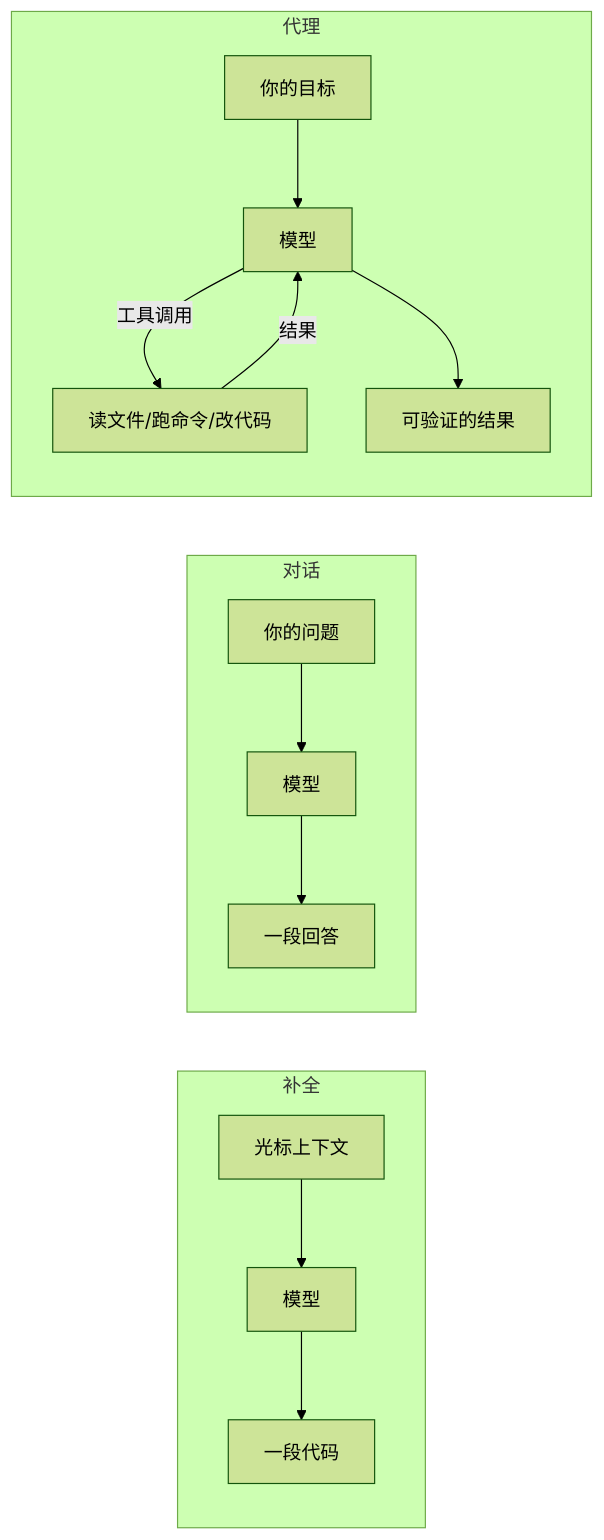
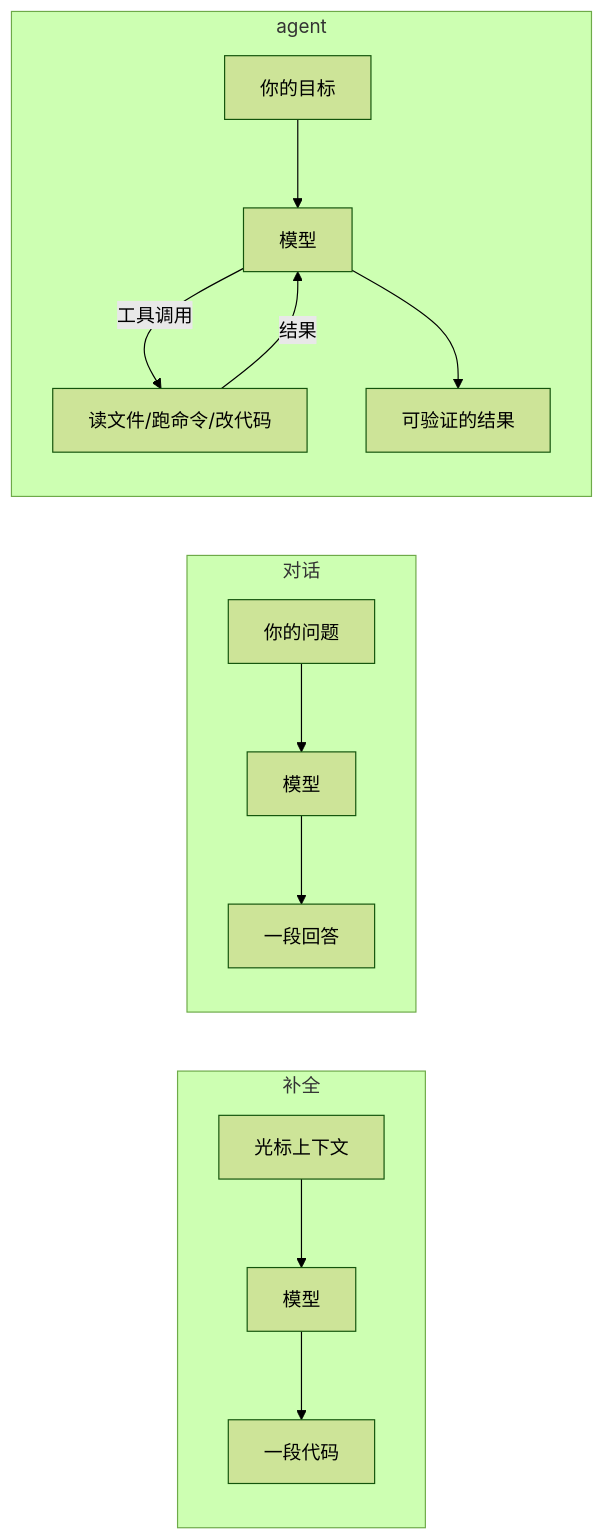
Before and after one commit to fxjs/ai-coding-agents-book: the first of 2 diagrams in book/00-preface.md, drawn with Mermaid (forest theme). The commit also changed other lines of this file and 29 other files, not shown here.

````diff
--- a/book/00-preface.md
+++ b/book/00-preface.md
@@ -18,15 +18,15 @@
 ```mermaid
 flowchart LR
   subgraph 补全
     A1[光标上下文] --> M1[模型] --> A2[一段代码]
   end
   subgraph 对话
     B1[你的问题] --> M2[模型] --> B2[一段回答]
   end
-  subgraph 代理
+  subgraph agent
     C1[你的目标] --> M3[模型]
     M3 -->|工具调用| T[读文件/跑命令/改代码]
     T -->|结果| M3
     M3 --> C2[可验证的结果]
   end
 ```
````
